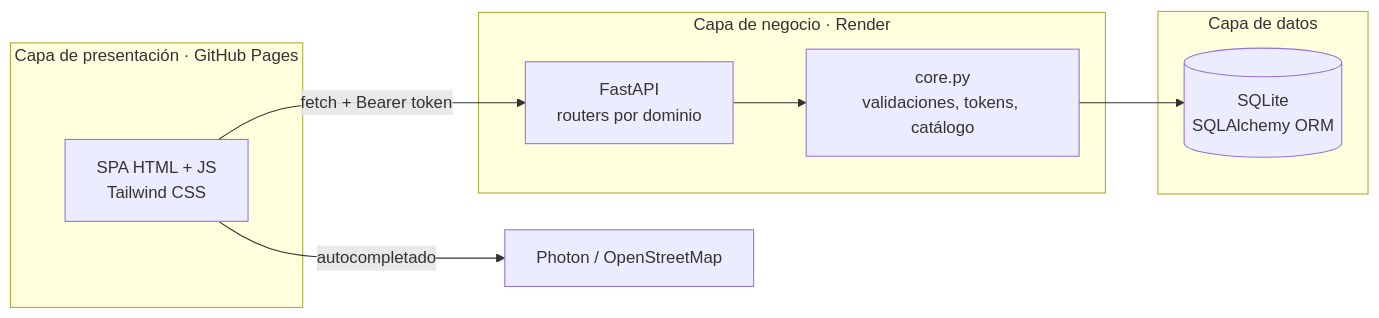
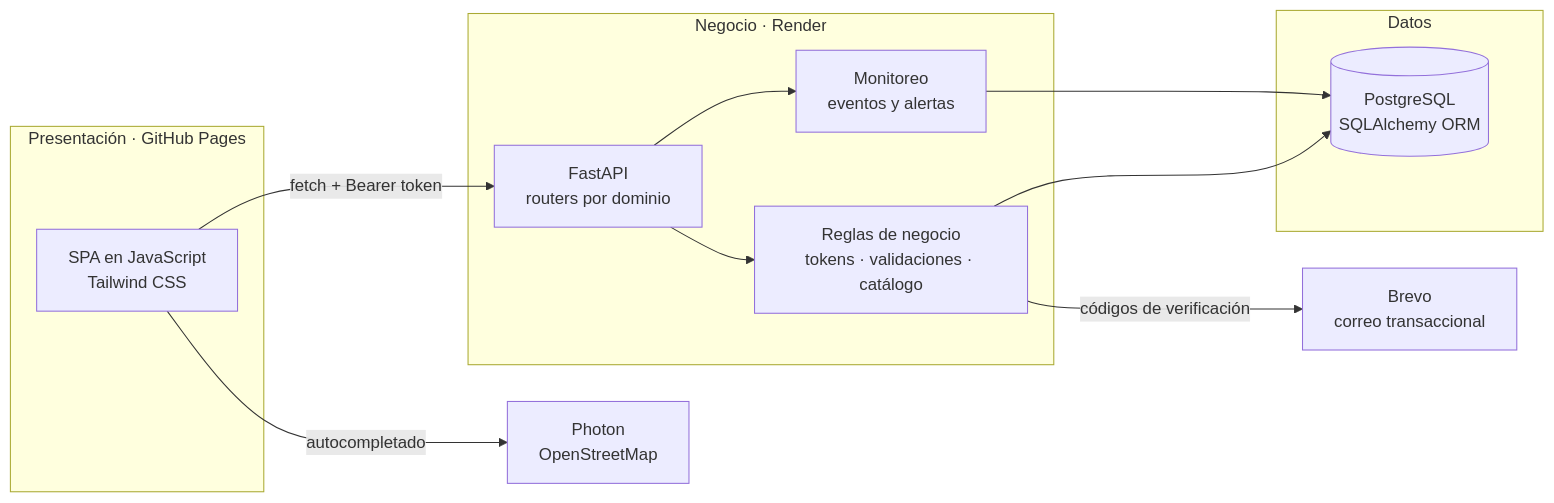
The diagram in README.md (arrobaaas/agro-colab), drawn with Mermaid before and after one commit. The commit also changed other lines of this file and 1 other file, not shown here.

````diff
--- a/README.md
+++ b/README.md
@@ -81,18 +104,22 @@
 ```mermaid
 flowchart LR
-    subgraph Cliente["Capa de presentación · GitHub Pages"]
-        SPA["SPA HTML + JS<br/>Tailwind CSS"]
+    subgraph Cliente["Presentación · GitHub Pages"]
+        SPA["SPA en JavaScript<br/>Tailwind CSS"]
     end
-    subgraph Servidor["Capa de negocio · Render"]
+    subgraph Servidor["Negocio · Render"]
         API["FastAPI<br/>routers por dominio"]
-        Core["core.py<br/>validaciones, tokens, catálogo"]
+        Core["Reglas de negocio<br/>tokens · validaciones · catálogo"]
+        Seg["Monitoreo<br/>eventos y alertas"]
     end
-    subgraph Datos["Capa de datos"]
-        DB[("SQLite<br/>SQLAlchemy ORM")]
+    subgraph Datos["Datos"]
+        DB[("PostgreSQL<br/>SQLAlchemy ORM")]
     end
-    Photon["Photon / OpenStreetMap"]
+    Brevo["Brevo<br/>correo transaccional"]
+    Photon["Photon<br/>OpenStreetMap"]
 
     SPA -- "fetch + Bearer token" --> API
     API --> Core --> DB
+    API --> Seg --> DB
+    Core -- "códigos de verificación" --> Brevo
     SPA -- "autocompletado" --> Photon
 ```
````
